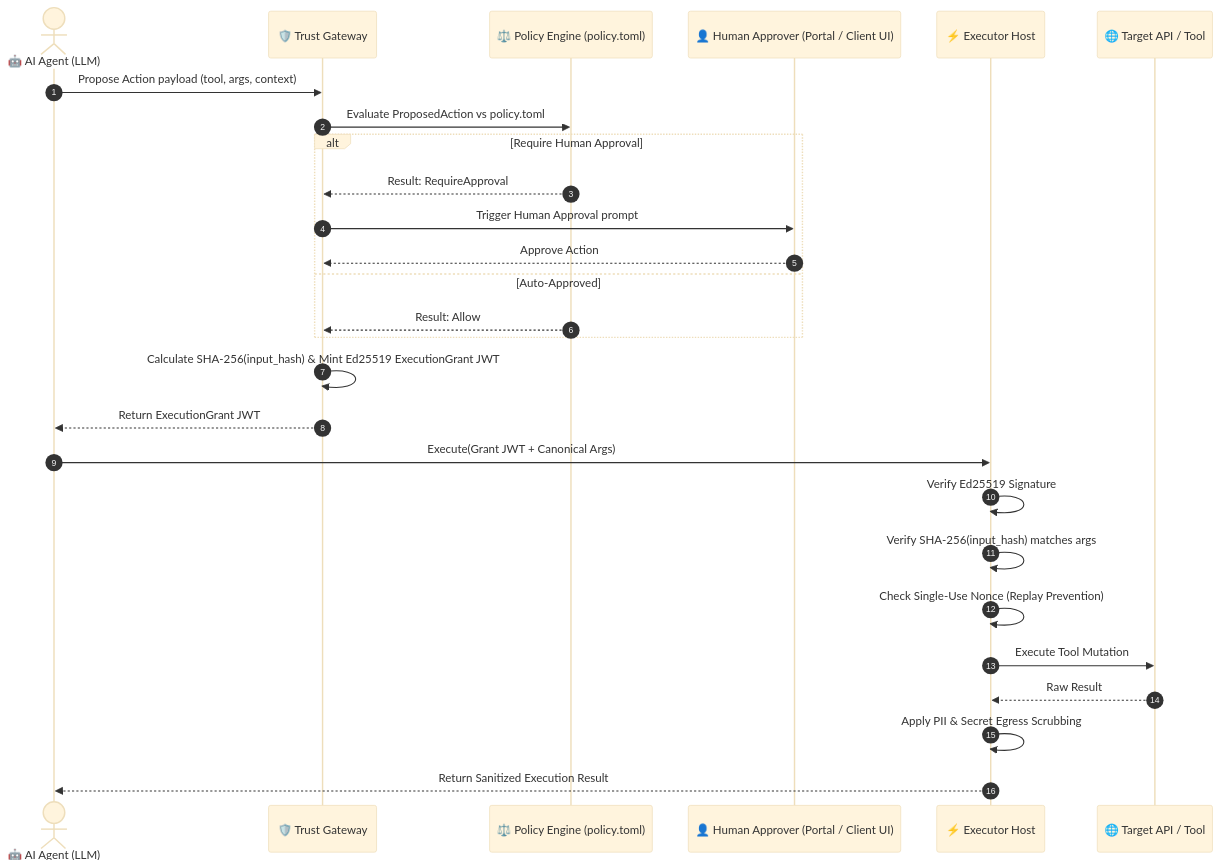
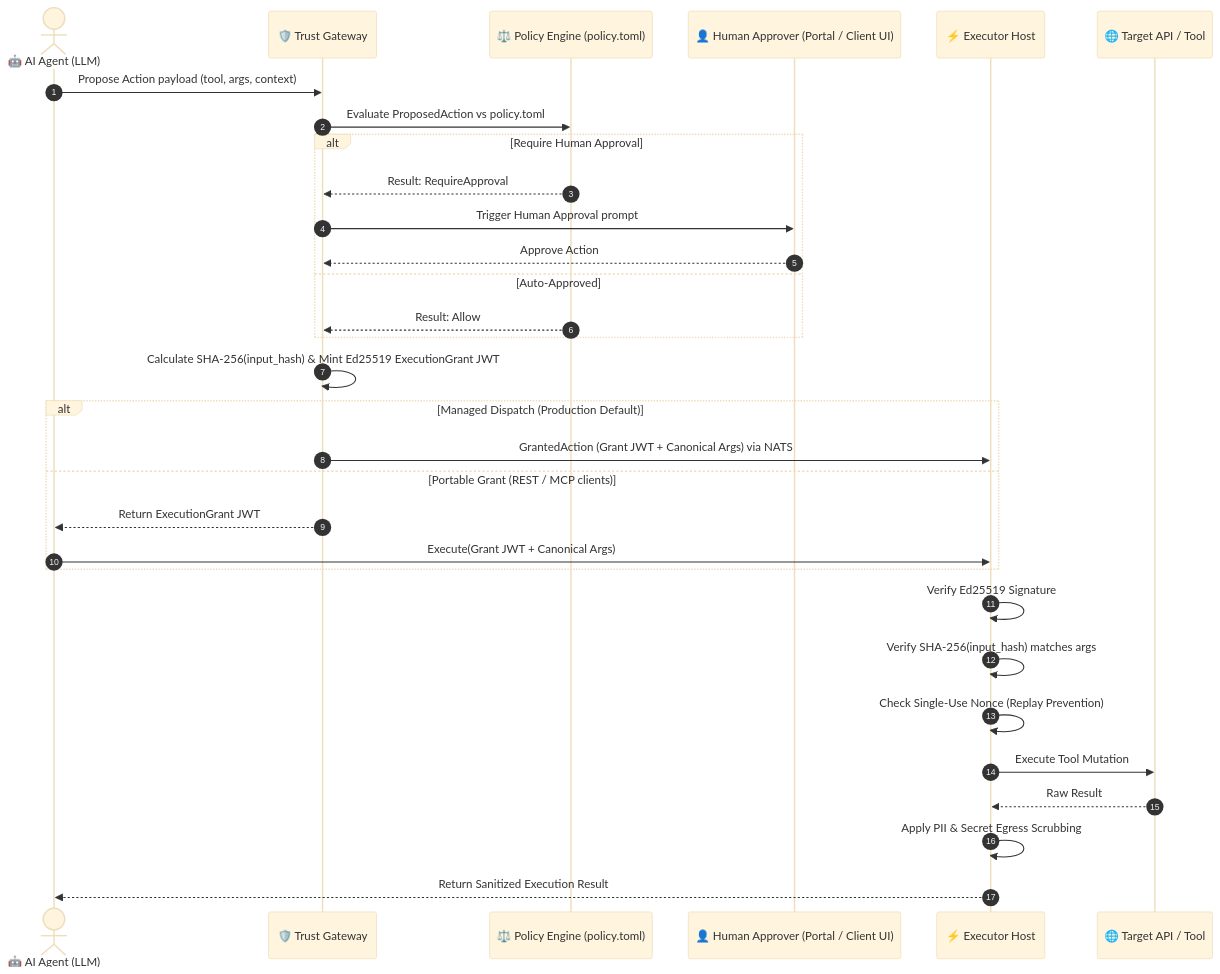
Before and after one commit to fcn06/trust-gateway: the third of 3 diagrams in docs/concepts/VISUAL_GUIDE.md, drawn with Mermaid (base theme). The commit also changed other lines of this file and 5 other files, not shown here.

````diff
--- a/docs/concepts/VISUAL_GUIDE.md
+++ b/docs/concepts/VISUAL_GUIDE.md
@@ -42,34 +42,38 @@
 ```mermaid
 sequenceDiagram
     autonumber
     actor Agent as 🤖 AI Agent (LLM)
     participant Gateway as 🛡️ Trust Gateway
     participant Policy as ⚖️ Policy Engine (policy.toml)
     participant Human as 👤 Human Approver (Portal / Client UI)
     participant Executor as ⚡ Executor Host
     participant API as 🌐 Target API / Tool
 
     Agent->>Gateway: Propose Action payload (tool, args, context)
     Gateway->>Policy: Evaluate ProposedAction vs policy.toml
     
     alt Require Human Approval
         Policy-->>Gateway: Result: RequireApproval
         Gateway->>Human: Trigger Human Approval prompt
         Human-->>Gateway: Approve Action
     else Auto-Approved
         Policy-->>Gateway: Result: Allow
     end
 
     Gateway->>Gateway: Calculate SHA-256(input_hash) & Mint Ed25519 ExecutionGrant JWT
-    Gateway-->>Agent: Return ExecutionGrant JWT
-    Agent->>Executor: Execute(Grant JWT + Canonical Args)
+    alt Managed Dispatch (Production Default)
+        Gateway->>Executor: GrantedAction (Grant JWT + Canonical Args) via NATS
+    else Portable Grant (REST / MCP clients)
+        Gateway-->>Agent: Return ExecutionGrant JWT
+        Agent->>Executor: Execute(Grant JWT + Canonical Args)
+    end
     
     Executor->>Executor: Verify Ed25519 Signature
     Executor->>Executor: Verify SHA-256(input_hash) matches args
     Executor->>Executor: Check Single-Use Nonce (Replay Prevention)
     
     Executor->>API: Execute Tool Mutation
     API-->>Executor: Raw Result
     Executor->>Executor: Apply PII & Secret Egress Scrubbing
     Executor-->>Agent: Return Sanitized Execution Result
 ```
````
